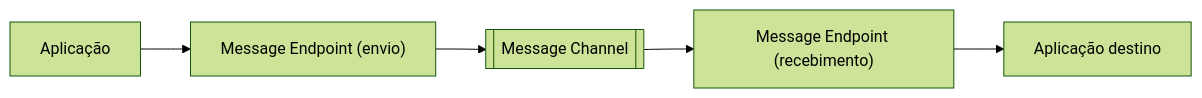
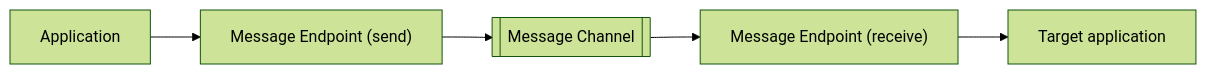
Before and after one commit to alancesar/design-patterns: the diagram in docs/architecture/eip/messaging-endpoints/message-endpoint.md, drawn with Mermaid (forest theme). The commit also changed 258 other files, not shown here.

First line of the commit message:
Translate Mermaid diagrams to English

````diff
--- a/docs/architecture/eip/messaging-endpoints/message-endpoint.md
+++ b/docs/architecture/eip/messaging-endpoints/message-endpoint.md
@@ -51,7 +51,7 @@
 ```mermaid
 flowchart LR
-    A["Aplicação"] --> E1["Message Endpoint (envio)"]
+    A["Application"] --> E1["Message Endpoint (send)"]
     E1 --> C[["Message Channel"]]
-    C --> E2["Message Endpoint (recebimento)"]
-    E2 --> B["Aplicação destino"]
+    C --> E2["Message Endpoint (receive)"]
+    E2 --> B["Target application"]
 ```
````
